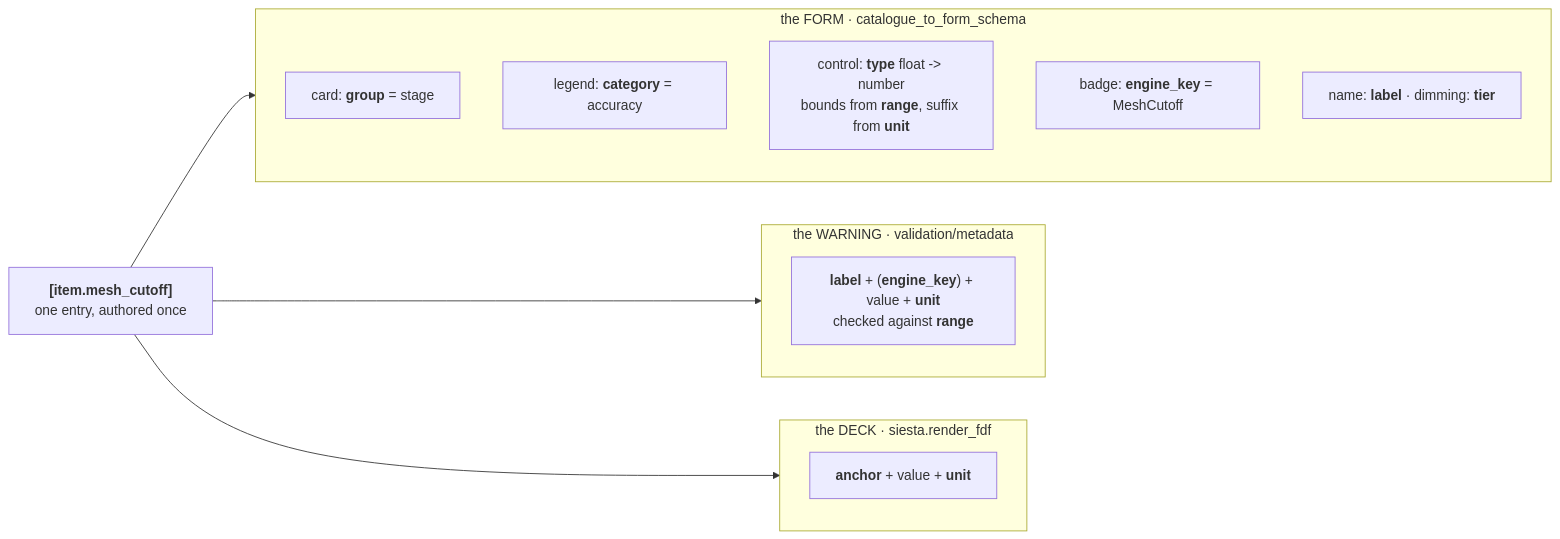
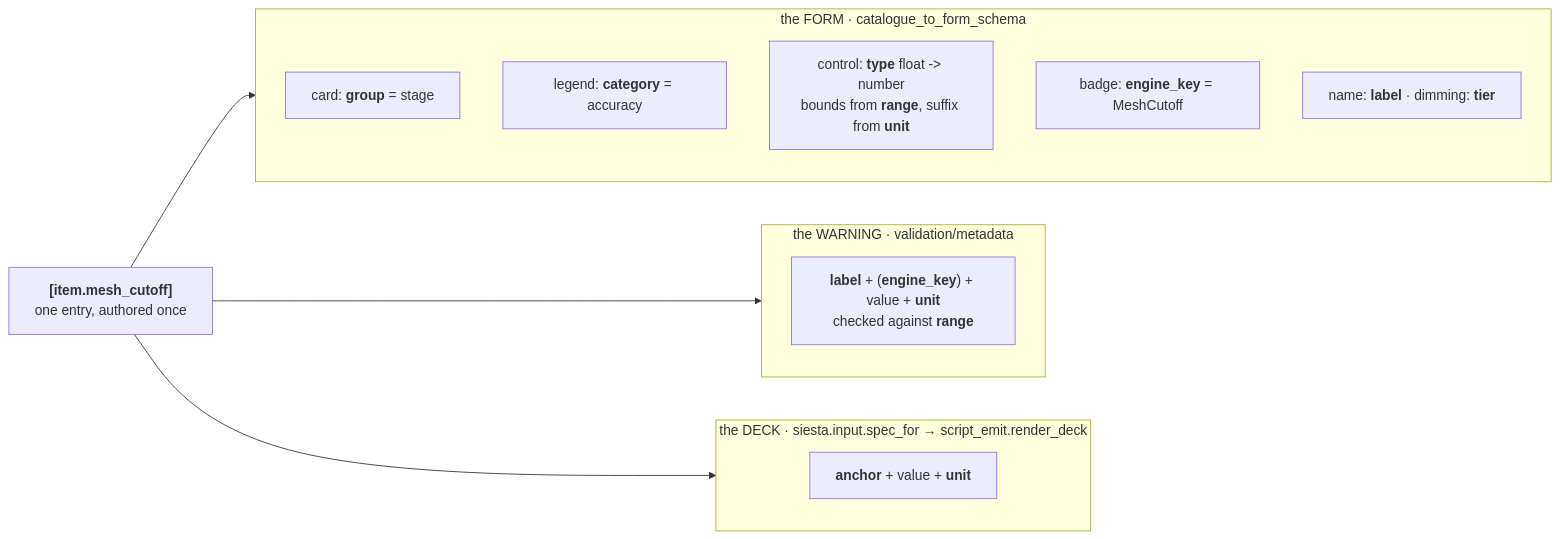
One commit to Qing-LAB/molbuilder changed the seventh of 9 diagrams in docs/engines/template.md. Above: the diagram before and after it, drawn with Mermaid. The commit also changed other lines of this file and 745 other files, not shown here.

````diff
--- a/docs/engines/template.md
+++ b/docs/engines/template.md
@@ -2566,22 +2564,22 @@
 ```mermaid
 flowchart LR
     IT["<b>[item.mesh_cutoff]</b><br/>one entry, authored once"]
 
     subgraph S1["the FORM · catalogue_to_form_schema"]
       C1["card: <b>group</b> = stage"]
       C2["legend: <b>category</b> = accuracy"]
       C3["control: <b>type</b> float -> number<br/>bounds from <b>range</b>, suffix from <b>unit</b>"]
       C4["badge: <b>engine_key</b> = MeshCutoff"]
       C5["name: <b>label</b> · dimming: <b>tier</b>"]
     end
 
     subgraph S2["the WARNING · validation/metadata"]
       W["<b>label</b> + (<b>engine_key</b>) + value + <b>unit</b><br/>checked against <b>range</b>"]
     end
 
-    subgraph S3["the DECK · siesta.render_fdf"]
+    subgraph S3["the DECK · siesta.input.spec_for → script_emit.render_deck"]
       D["<b>anchor</b> + value + <b>unit</b>"]
     end
 
     IT --> S1 & S2 & S3
 ```
````
